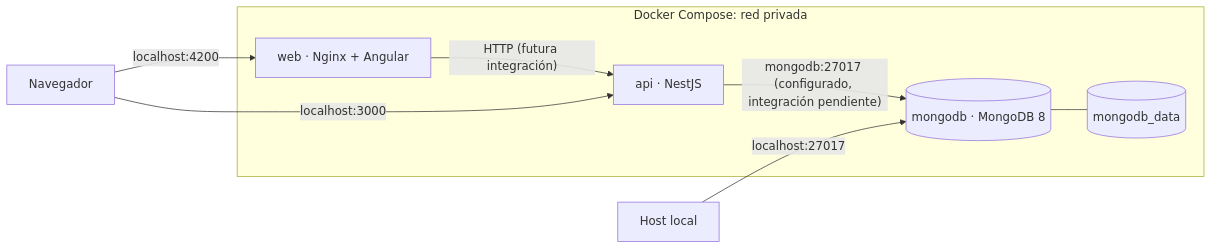
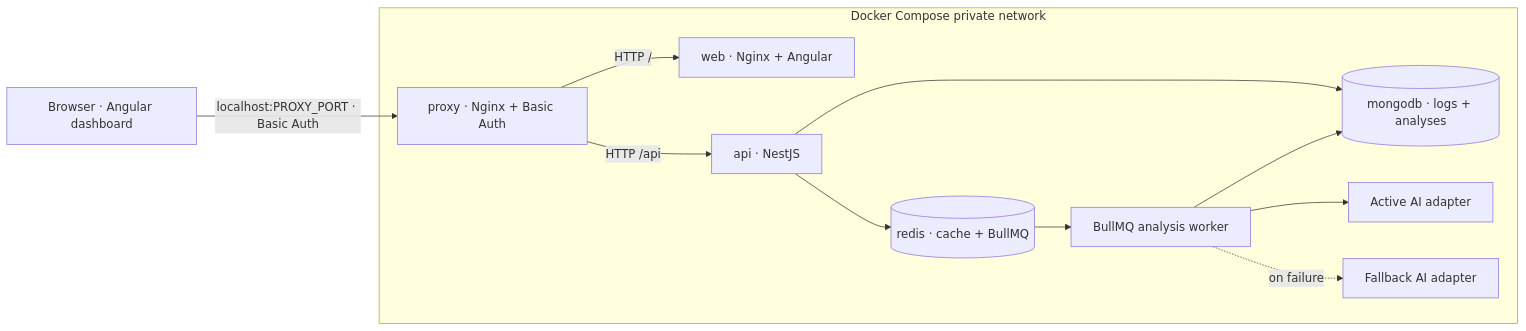
Before and after one commit to pachidj87/smartlog-analyzer: the diagram in ARCHITECTURE.md, drawn with Mermaid. The commit also changed other lines of this file and 1 other file, not shown here.

First line of the commit message:
docs: align architecture and README with implemented state

````diff
--- a/ARCHITECTURE.md
+++ b/ARCHITECTURE.md
@@ -28,16 +46,23 @@
 ```mermaid
 flowchart LR
-    Browser["Navegador"]
-    subgraph Compose["Docker Compose: red privada"]
+    Browser["Browser · Angular dashboard"]
+    subgraph Compose["Docker Compose private network"]
+        Proxy["proxy · Nginx + Basic Auth"]
         Web["web · Nginx + Angular"]
         API["api · NestJS"]
-        Mongo[("mongodb · MongoDB 8")]
-        Volume[("mongodb_data")]
-        Web -->|"HTTP (futura integración)"| API
-        API -->|"mongodb:27017 (configurado, integración pendiente)"| Mongo
-        Mongo --- Volume
+        Mongo[("mongodb · logs + analyses")]
+        Redis[("redis · cache + BullMQ")]
+        Worker["BullMQ analysis worker"]
+        Active["Active AI adapter"]
+        Fallback["Fallback AI adapter"]
+        Proxy -->|"HTTP /api"| API
+        Proxy -->|"HTTP /"| Web
+        API --> Mongo
+        API --> Redis
+        Redis --> Worker
+        Worker --> Active
+        Worker -. "on failure" .-> Fallback
+        Worker --> Mongo
     end
-    Browser -->|"localhost:4200"| Web
-    Browser -->|"localhost:3000"| API
-    Host["Host local"] -->|"localhost:27017"| Mongo
+    Browser -->|"localhost:PROXY_PORT · Basic Auth"| Proxy
 ```
````
